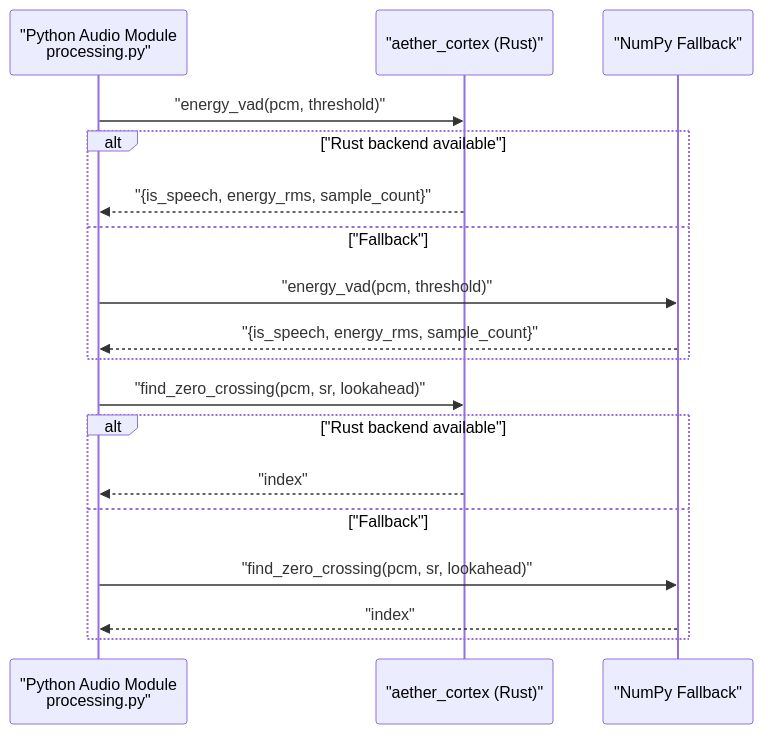
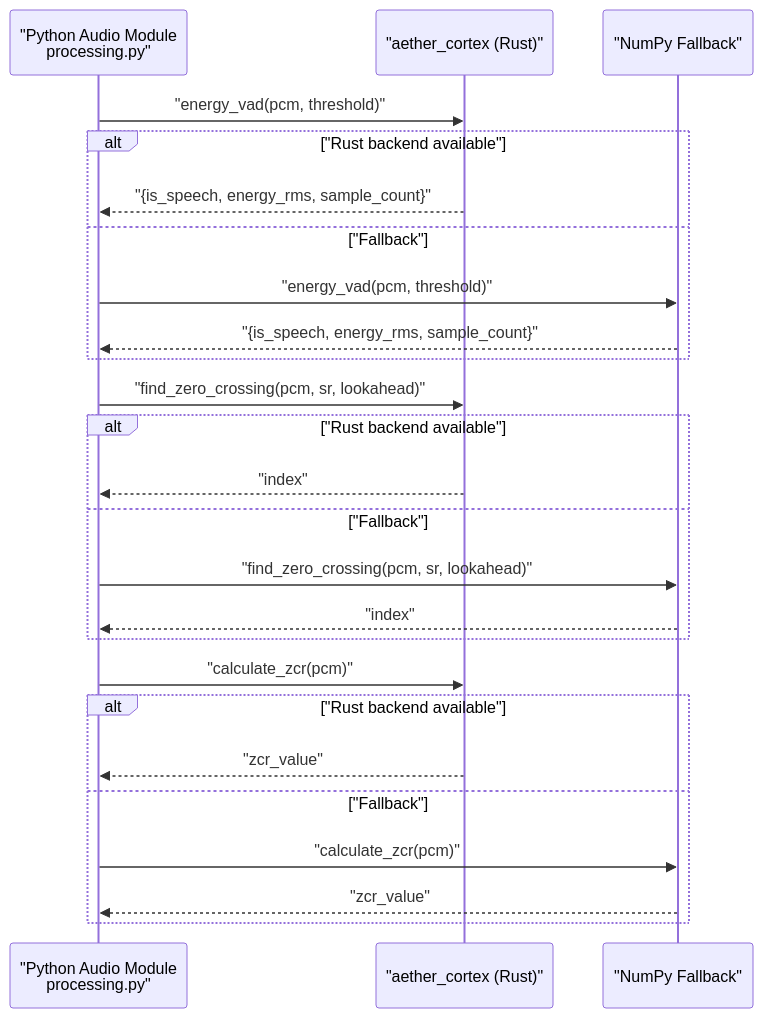
One commit to Moeabdelaziz007/Aether-Voice-OS changed the second of 10 diagrams in .qoder/repowiki/en/content/Audio Processing System/Cortex Rust Audio Processing Core/Cortex Rust Audio Processing Core.md. Above: the diagram before and after it, drawn with Mermaid. The commit also changed other lines of this file and 29 other files, not shown here.

````diff
--- a/.qoder/repowiki/en/content/Audio Processing System/Cortex Rust Audio Processing Core/Cortex Rust Audio Processing Core.md
+++ b/.qoder/repowiki/en/content/Audio Processing System/Cortex Rust Audio Processing Core/Cortex Rust Audio Processing Core.md
@@ -120,20 +139,27 @@
 ```mermaid
 sequenceDiagram
 participant Py as "Python Audio Module<br/>processing.py"
 participant AC as "aether_cortex (Rust)"
 participant NP as "NumPy Fallback"
 Py->>AC : "energy_vad(pcm, threshold)"
 alt "Rust backend available"
 AC-->>Py : "{is_speech, energy_rms, sample_count}"
 else "Fallback"
 Py->>NP : "energy_vad(pcm, threshold)"
 NP-->>Py : "{is_speech, energy_rms, sample_count}"
 end
 Py->>AC : "find_zero_crossing(pcm, sr, lookahead)"
 alt "Rust backend available"
 AC-->>Py : "index"
 else "Fallback"
 Py->>NP : "find_zero_crossing(pcm, sr, lookahead)"
 NP-->>Py : "index"
 end
+Py->>AC : "calculate_zcr(pcm)"
+alt "Rust backend available"
+AC-->>Py : "zcr_value"
+else "Fallback"
+Py->>NP : "calculate_zcr(pcm)"
+NP-->>Py : "zcr_value"
+end
 ```
````
